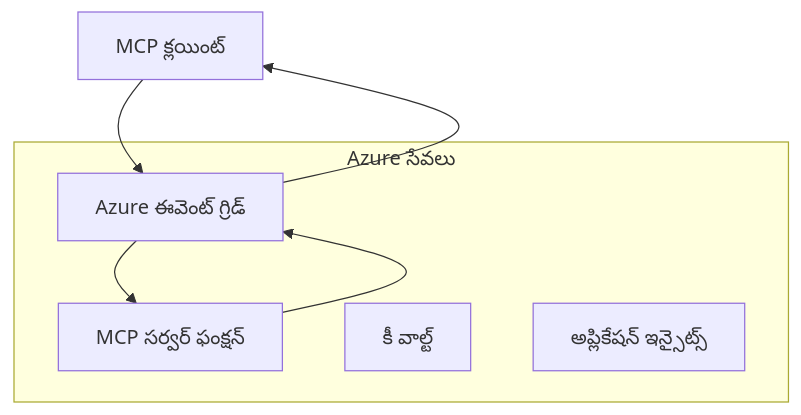
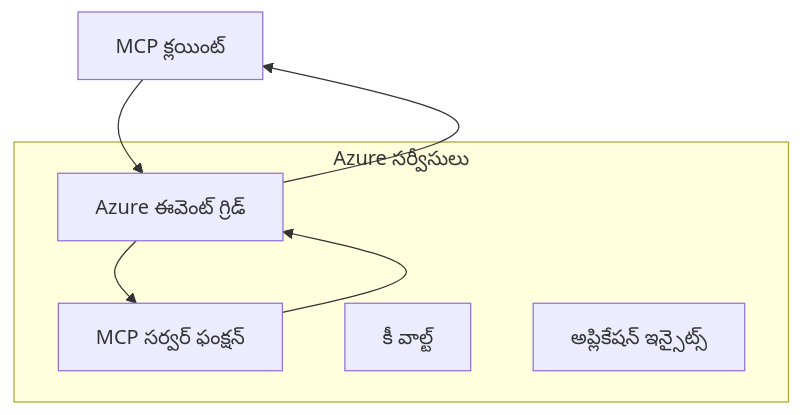
One commit to HIDORAKAI002/ai-workspace-archive changed the first of 2 diagrams in mcp_ecosystem__model_context_protocol/mcp_learning_resources/mcp-for-beginners/translations/te/05-AdvancedTopics/mcp-transport/README.md. Above: the diagram before and after it, drawn with Mermaid. The commit also changed other lines of this file and 1539 other files, not shown here.

````diff
--- a/mcp_ecosystem__model_context_protocol/mcp_learning_resources/mcp-for-beginners/translations/te/05-AdvancedTopics/mcp-transport/README.md
+++ b/mcp_ecosystem__model_context_protocol/mcp_learning_resources/mcp-for-beginners/translations/te/05-AdvancedTopics/mcp-transport/README.md
@@ -58,14 +58,14 @@
 ```mermaid
 graph TB
     Client[MCP క్లయింట్] --> EG[Azure ఈవెంట్ గ్రిడ్]
     EG --> Server[MCP సర్వర్ ఫంక్షన్]
     Server --> EG
     EG --> Client
     
-    subgraph "Azure సేవలు"
+    subgraph "Azure సర్వీసులు"
         EG
         Server
         KV[కీ వాల్ట్]
         Monitor[అప్లికేషన్ ఇన్సైట్స్]
     end
 ```
````
